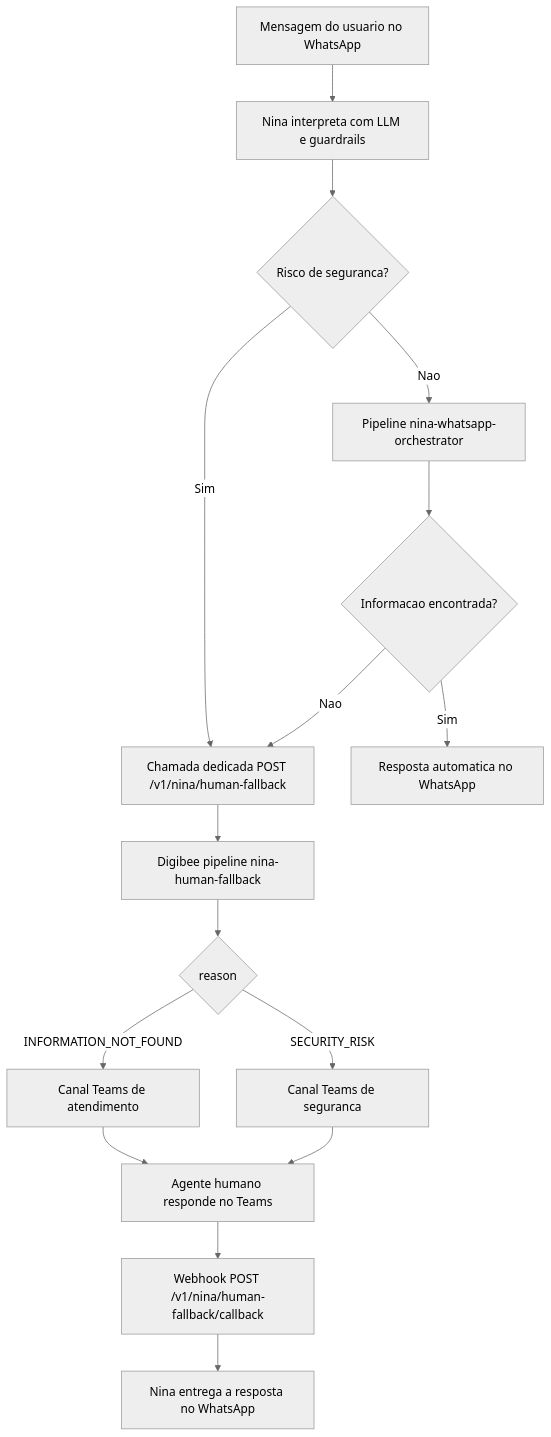
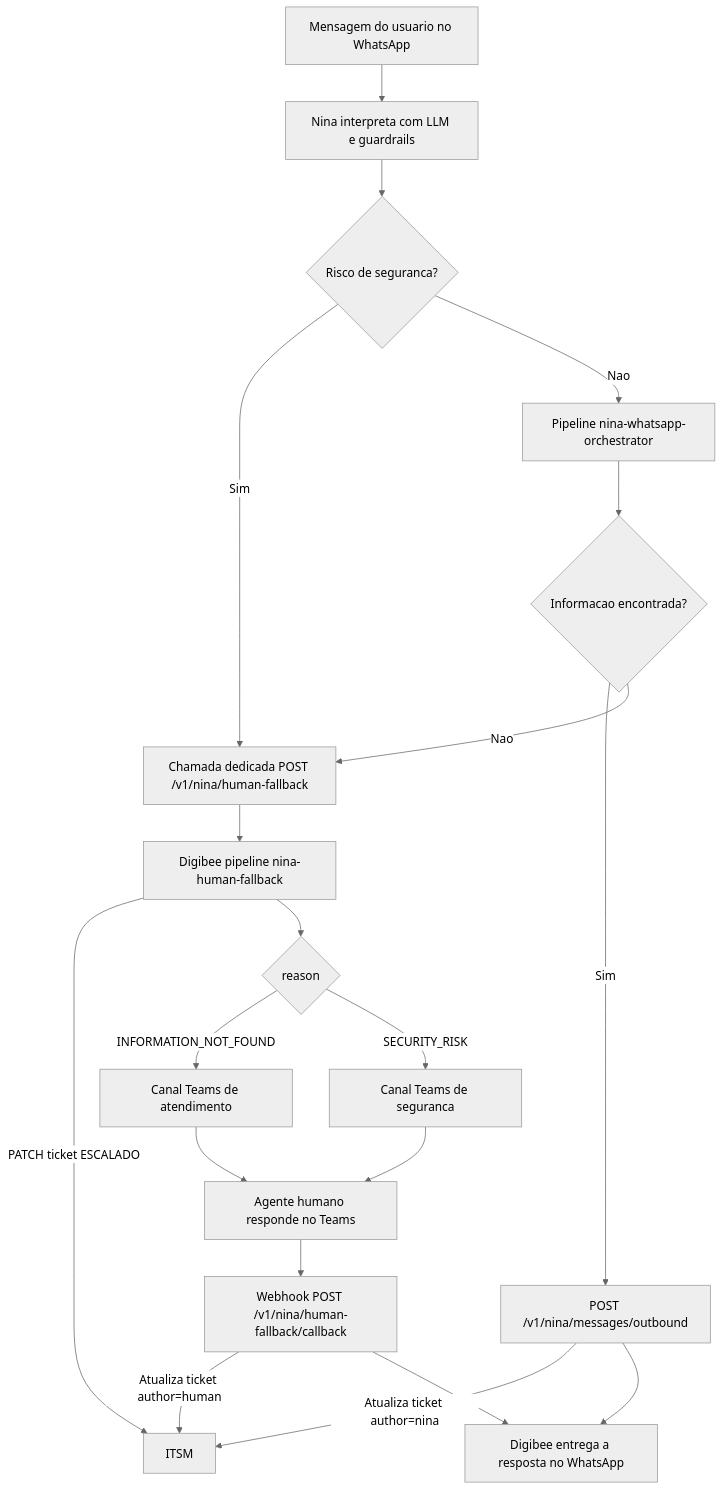
The fourth of 4 diagrams in README.md (anderson-figueiredo/rtvgpt-nina), drawn with Mermaid (neutral theme) before and after one commit. The commit also changed other lines of this file, not shown here.

First line of the commit message:
docs: criar e atualizar tickets ITSM no webhook de mensagens

````diff
--- a/README.md
+++ b/README.md
@@ -410,18 +707,22 @@
 ```mermaid
 flowchart TD
     MSG[Mensagem do usuario no WhatsApp] --> NINA[Nina interpreta com LLM e guardrails]
     NINA --> RISK{Risco de seguranca?}
     RISK -->|Sim| CALL[Chamada dedicada POST /v1/nina/human-fallback]
     RISK -->|Nao| ORCH[Pipeline nina-whatsapp-orchestrator]
     ORCH --> FOUND{Informacao encontrada?}
-    FOUND -->|Sim| REPLY[Resposta automatica no WhatsApp]
+    FOUND -->|Sim| OUT[POST /v1/nina/messages/outbound]
     FOUND -->|Nao| CALL
     CALL --> DIGI[Digibee pipeline nina-human-fallback]
+    DIGI -->|PATCH ticket ESCALADO| ITSM[ITSM]
     DIGI --> ROUTE{reason}
     ROUTE -->|INFORMATION_NOT_FOUND| ATT[Canal Teams de atendimento]
     ROUTE -->|SECURITY_RISK| SEC[Canal Teams de seguranca]
     ATT --> HUMAN[Agente humano responde no Teams]
     SEC --> HUMAN
     HUMAN --> CB[Webhook POST /v1/nina/human-fallback/callback]
-    CB --> NINA2[Nina entrega a resposta no WhatsApp]
+    CB -->|Atualiza ticket author=human| ITSM
+    OUT -->|Atualiza ticket author=nina| ITSM
+    OUT --> WPP[Digibee entrega a resposta no WhatsApp]
+    CB --> WPP
 ```
````
